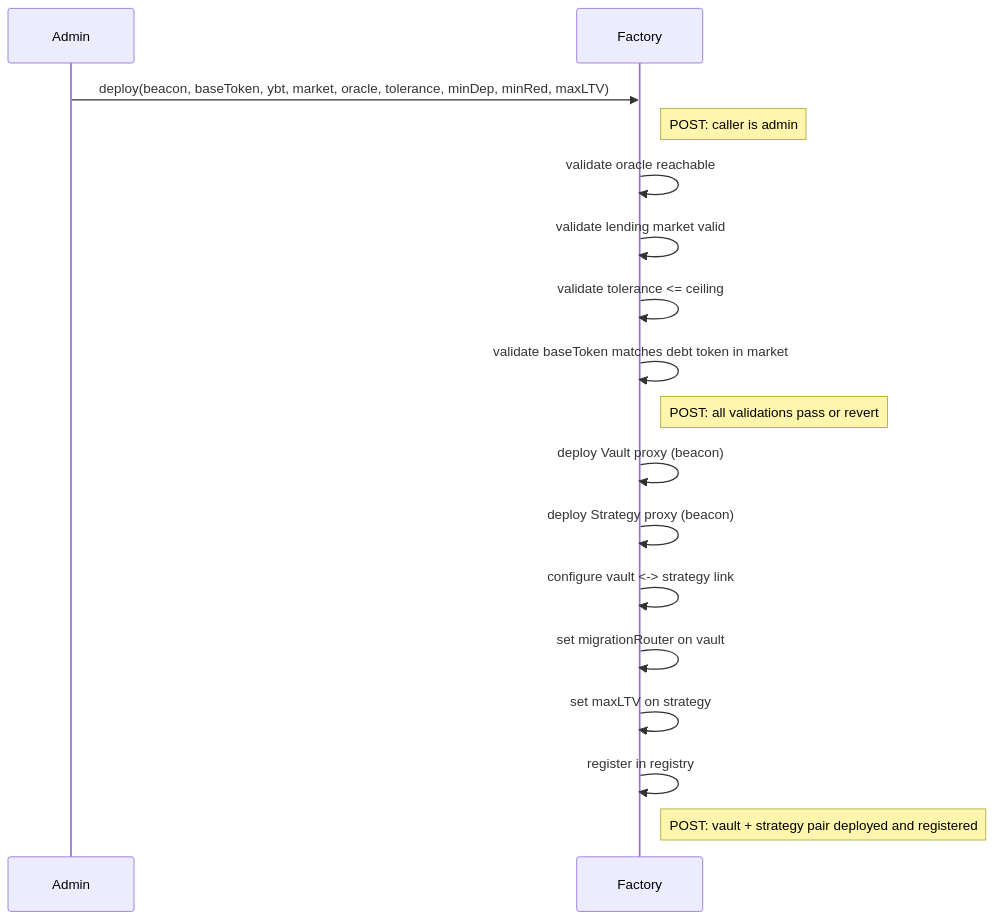
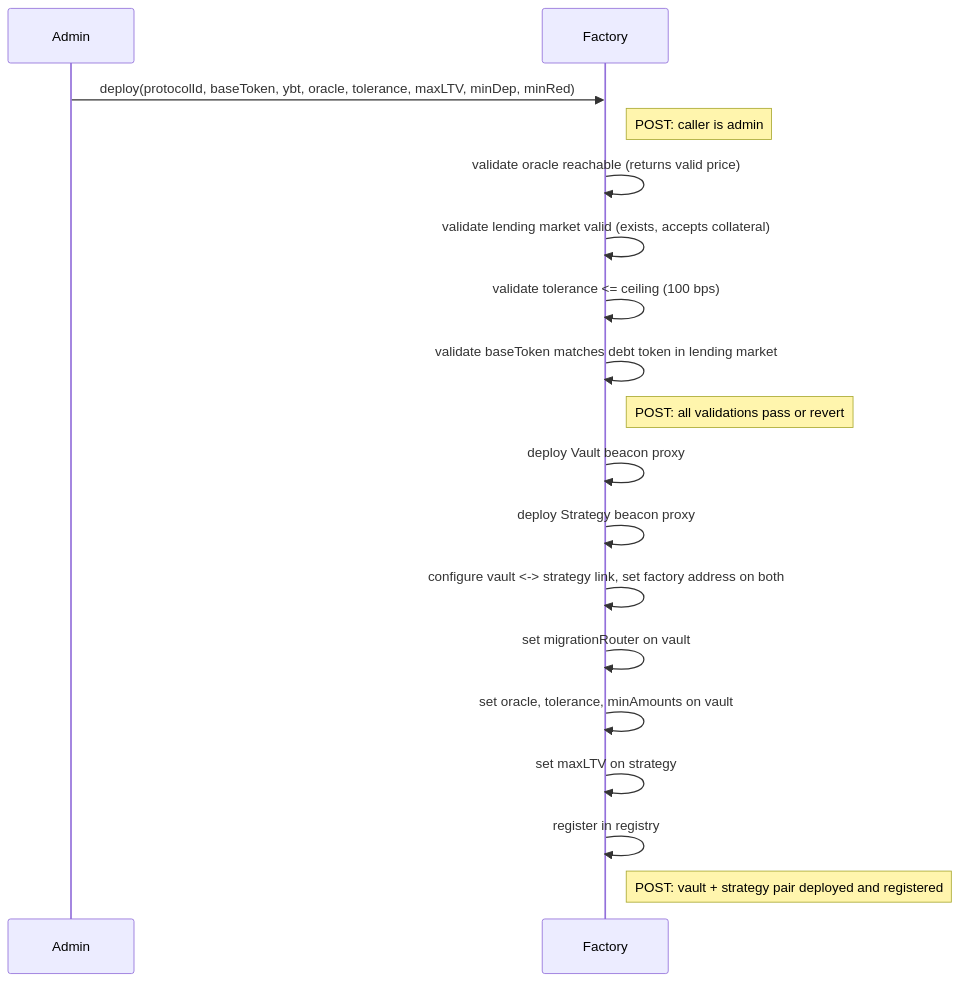
Before and after one commit to evgenynacu/leverage-vaults: diagram 18 of 20 in docs/architecture/call-diagrams.md, drawn with Mermaid. The commit also changed other lines of this file and 25 other files, not shown here.

````diff
--- a/docs/architecture/call-diagrams.md
+++ b/docs/architecture/call-diagrams.md
@@ -326,17 +339,18 @@
 ```mermaid
 sequenceDiagram
-    Admin->>Factory: deploy(beacon, baseToken, ybt, market, oracle, tolerance, minDep, minRed, maxLTV)
+    Admin->>Factory: deploy(protocolId, baseToken, ybt, oracle, tolerance, maxLTV, minDep, minRed)
     note right of Factory: POST: caller is admin
-    Factory->>Factory: validate oracle reachable
-    Factory->>Factory: validate lending market valid
-    Factory->>Factory: validate tolerance <= ceiling
-    Factory->>Factory: validate baseToken matches debt token in market
+    Factory->>Factory: validate oracle reachable (returns valid price)
+    Factory->>Factory: validate lending market valid (exists, accepts collateral)
+    Factory->>Factory: validate tolerance <= ceiling (100 bps)
+    Factory->>Factory: validate baseToken matches debt token in lending market
     note right of Factory: POST: all validations pass or revert
-    Factory->>Factory: deploy Vault proxy (beacon)
-    Factory->>Factory: deploy Strategy proxy (beacon)
-    Factory->>Factory: configure vault <-> strategy link
+    Factory->>Factory: deploy Vault beacon proxy
+    Factory->>Factory: deploy Strategy beacon proxy
+    Factory->>Factory: configure vault <-> strategy link, set factory address on both
     Factory->>Factory: set migrationRouter on vault
+    Factory->>Factory: set oracle, tolerance, minAmounts on vault
     Factory->>Factory: set maxLTV on strategy
     Factory->>Factory: register in registry
     note right of Factory: POST: vault + strategy pair deployed and registered
 ```
````
